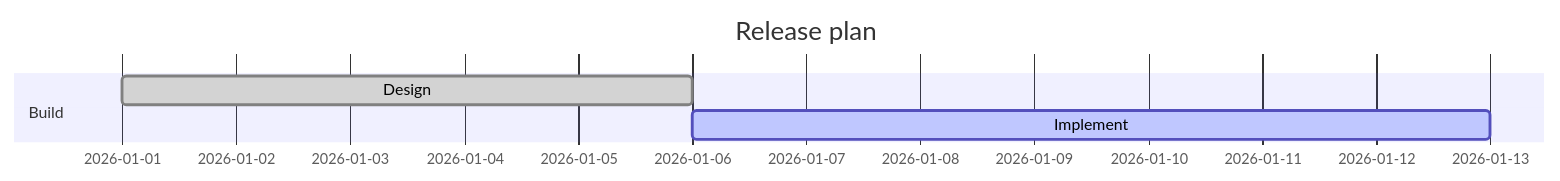
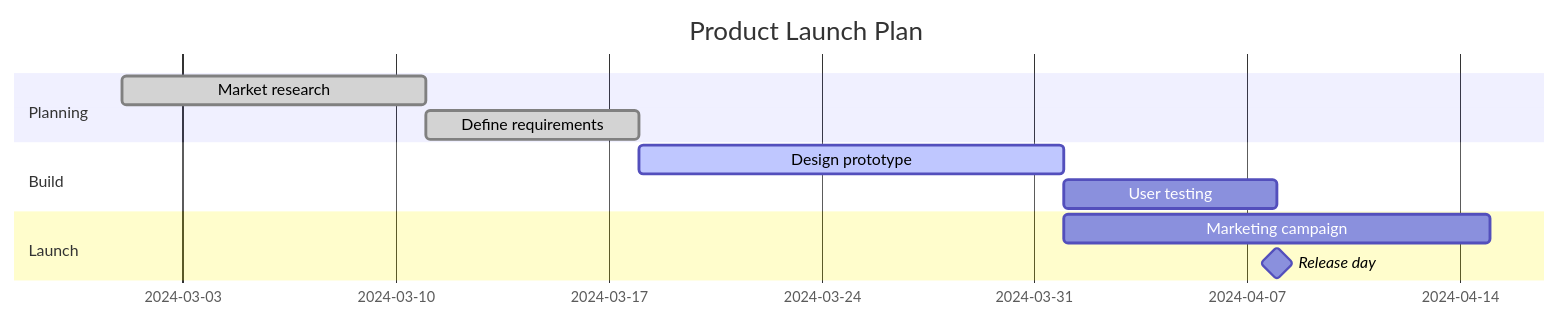
Before and after one commit to LozinLilis/auto-mermaid: the diagram in references/gantt.md, drawn with Mermaid. The commit also changed other lines of this file and 42 other files, not shown here.

````diff
--- a/references/gantt.md
+++ b/references/gantt.md
@@ -8,8 +7,14 @@
 ```mermaid
 gantt
-    title Release plan
+    title Product Launch Plan
     dateFormat YYYY-MM-DD
+    section Planning
+        Market research      :done, research, 2024-03-01, 10d
+        Define requirements  :done, reqs, after research, 7d
     section Build
-    Design :done, design, 2026-01-01, 5d
-    Implement :active, impl, after design, 7d
+        Design prototype     :active, proto, after reqs, 14d
+        User testing         :testing, after proto, 7d
+    section Launch
+        Marketing campaign   :marketing, after proto, 14d
+        Release day          :milestone, after testing, 0d
 ```
````
